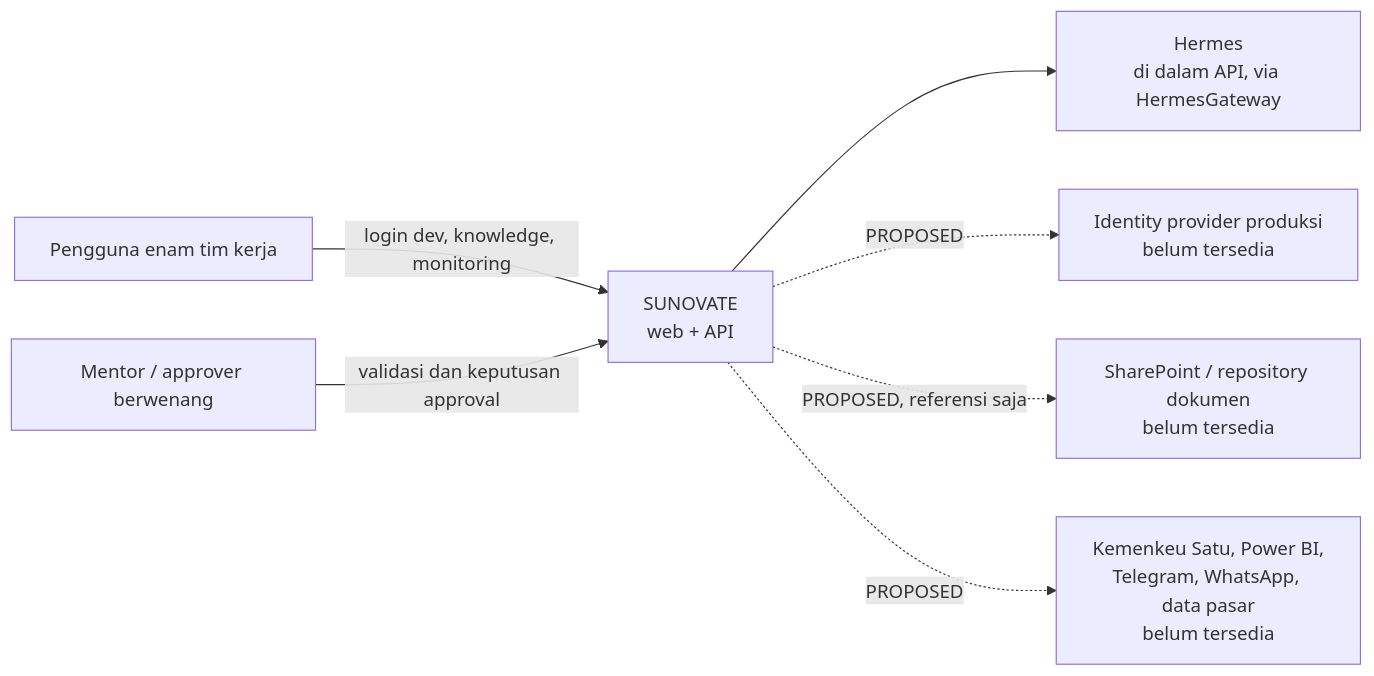
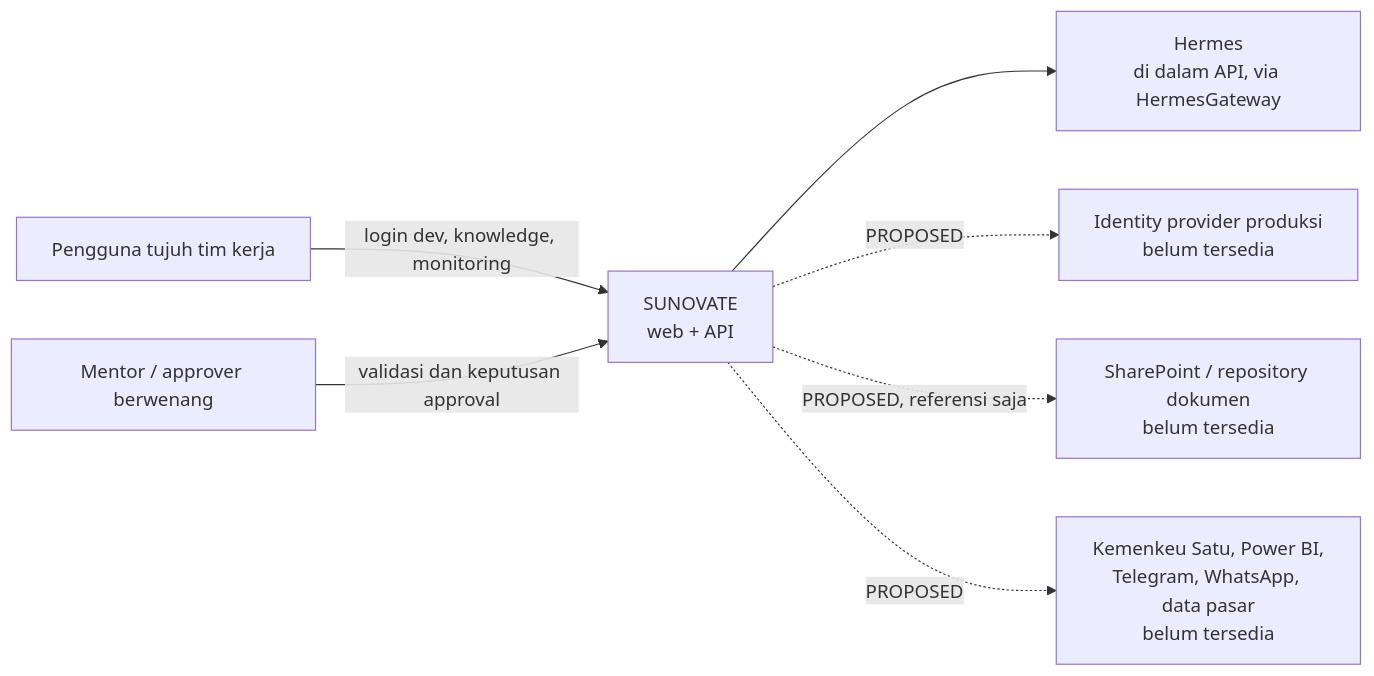
The diagram in docs/03-architecture/system-context.md (jundy779/SUNOVATE), drawn with Mermaid before and after one commit. The commit also changed other lines of this file and 28 other files, not shown here.

Commit message:
docs: align team count, schema, endpoints, roadmap, and pilot status across documents

````diff
--- a/docs/03-architecture/system-context.md
+++ b/docs/03-architecture/system-context.md
@@ -17,16 +17,16 @@
 ```mermaid
 flowchart LR
-    U["Pengguna enam tim kerja"]
+    U["Pengguna tujuh tim kerja"]
     M["Mentor / approver berwenang"]
     S["SUNOVATE<br/>web + API"]
     H["Hermes<br/>di dalam API, via HermesGateway"]
     IDP["Identity provider produksi<br/>belum tersedia"]
     DOC["SharePoint / repository dokumen<br/>belum tersedia"]
     EXT["Kemenkeu Satu, Power BI,<br/>Telegram, WhatsApp, data pasar<br/>belum tersedia"]
     U -->|"login dev, knowledge, monitoring"| S
     M -->|"validasi dan keputusan approval"| S
     S --> H
     S -.->|"PROPOSED"| IDP
     S -.->|"PROPOSED, referensi saja"| DOC
     S -.->|"PROPOSED"| EXT
 ```
````
